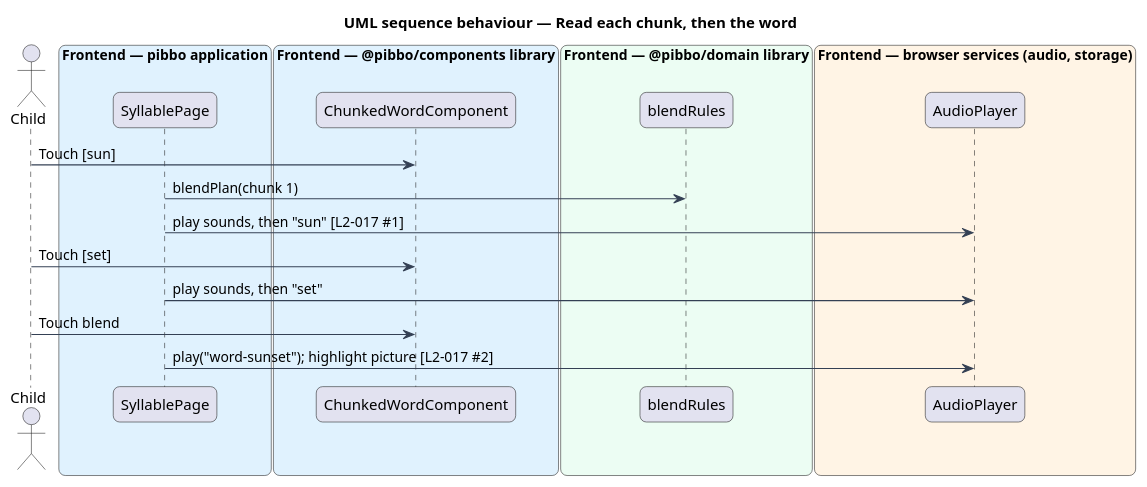
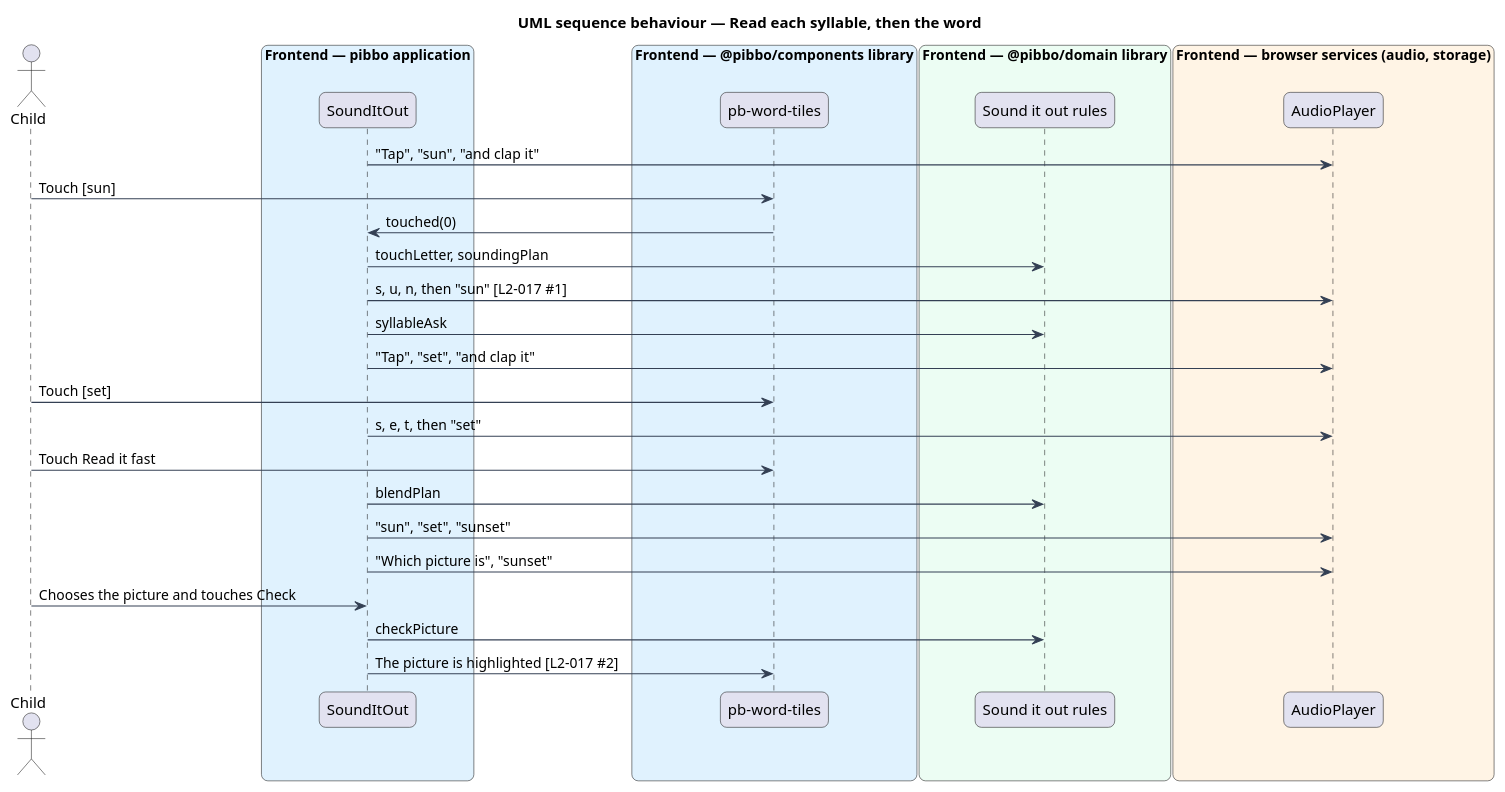
The diagram in docs/detailed-designs/sound-out/read-by-syllable/diagrams/sequence-read-chunks.puml (QuinntyneBrown/pibbo), drawn with PlantUML before and after one commit. The commit also changed 13 other files, not shown here.

```diff
--- a/docs/detailed-designs/sound-out/read-by-syllable/diagrams/sequence-read-chunks.puml
+++ b/docs/detailed-designs/sound-out/read-by-syllable/diagrams/sequence-read-chunks.puml
@@ -1,28 +1,37 @@
 @startuml
-title UML sequence behaviour — Read each chunk, then the word
+title UML sequence behaviour — Read each syllable, then the word
 skinparam backgroundColor #FFFFFF
 skinparam shadowing false
 skinparam roundcorner 12
 skinparam defaultFontName Arial
 skinparam ArrowColor #344054
 actor "Child" as actor
 box "Frontend — pibbo application" #E0F2FE
-  participant "SyllablePage" as page
+  participant "SoundItOut" as page
 end box
 box "Frontend — @pibbo/components library" #E0F2FE
-  participant "ChunkedWordComponent" as view
+  participant "pb-word-tiles" as view
 end box
 box "Frontend — @pibbo/domain library" #ECFDF3
-  participant "blendRules" as rules
+  participant "Sound it out rules" as rules
 end box
 box "Frontend — browser services (audio, storage)" #FFF4E5
   participant "AudioPlayer" as audio
 end box
+page -> audio : "Tap", "sun", "and clap it"
 actor -> view : Touch [sun]
-page -> rules : blendPlan(chunk 1)
-page -> audio : play sounds, then "sun" [L2-017 #1]
+view -> page : touched(0)
+page -> rules : touchLetter, soundingPlan
+page -> audio : s, u, n, then "sun" [L2-017 #1]
+page -> rules : syllableAsk
+page -> audio : "Tap", "set", "and clap it"
 actor -> view : Touch [set]
-page -> audio : play sounds, then "set"
-actor -> view : Touch blend
-page -> audio : play("word-sunset"); highlight picture [L2-017 #2]
+page -> audio : s, e, t, then "set"
+actor -> view : Touch Read it fast
+page -> rules : blendPlan
+page -> audio : "sun", "set", "sunset"
+page -> audio : "Which picture is", "sunset"
+actor -> page : Chooses the picture and touches Check
+page -> rules : checkPicture
+page -> view : The picture is highlighted [L2-017 #2]
 @enduml
```
